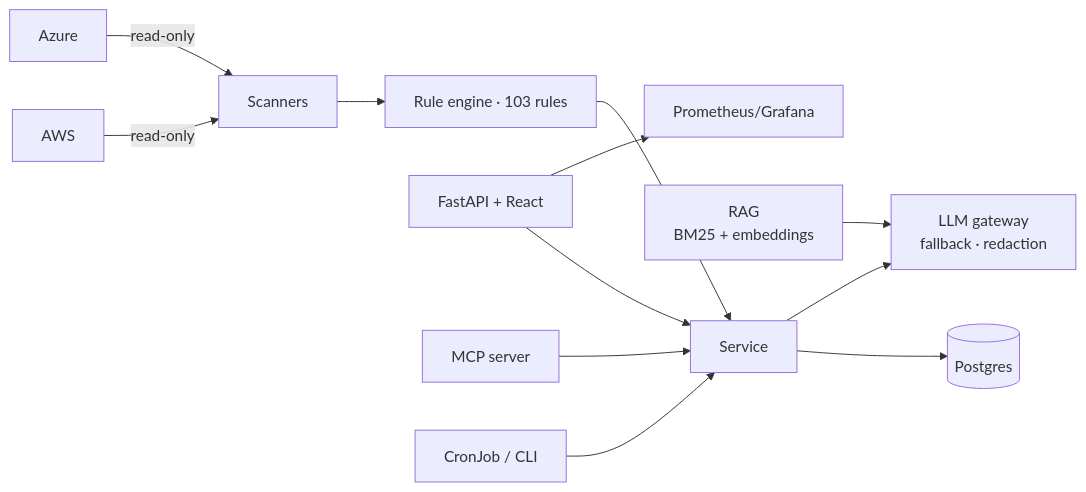
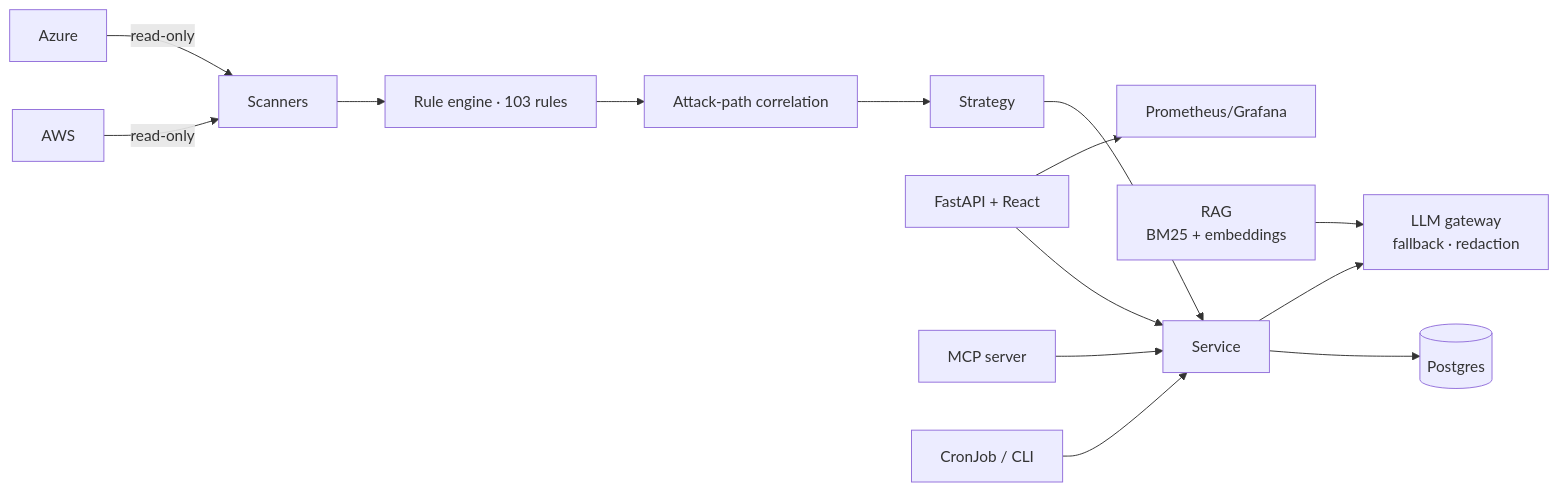
One commit to raeeed08/cloud-copilot changed the diagram in README.md. Above: the diagram before and after it, drawn with Mermaid. The commit also changed other lines of this file and 62 other files, not shown here.

````diff
--- a/README.md
+++ b/README.md
@@ -75,8 +95,8 @@
 ```mermaid
 flowchart LR
-  AWS & Azure -->|read-only| Scanners --> Rules[Rule engine · 103 rules] --> Service --> DB[(Postgres)]
+  AWS & Azure -->|read-only| Scanners --> Rules[Rule engine · 103 rules] --> Corr[Attack-path correlation] --> Plan[Strategy] --> Service --> DB[(Postgres)]
   Service --> LLM[LLM gateway<br/>fallback · redaction]
   KB[RAG<br/>BM25 + embeddings] --> LLM
   API[FastAPI + React] & MCP[MCP server] & Cron[CronJob / CLI] --> Service
   API --> Prom[Prometheus/Grafana]
 ```
````
